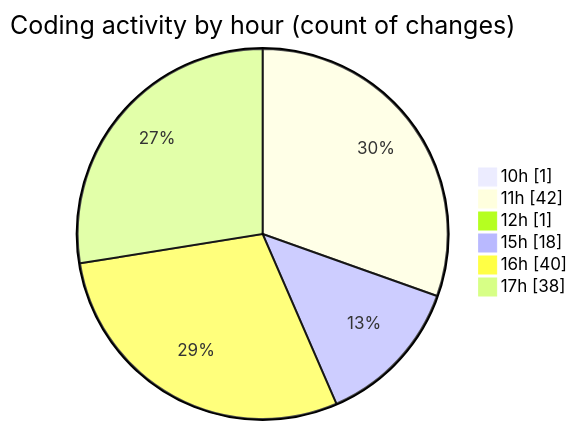
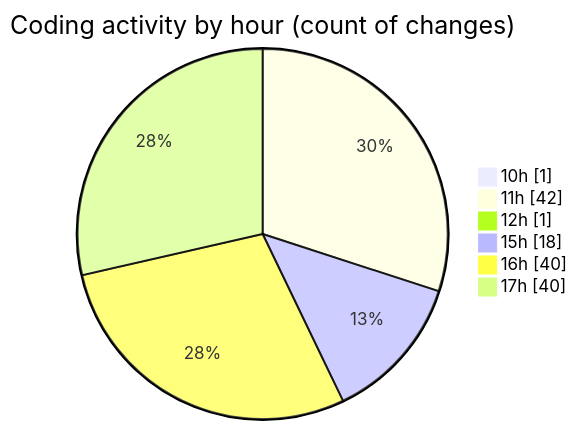
One commit to nxtqubesakshisongat/code-tracking changed the second of 2 diagrams in 2025-06-25/nxtqube_webapp/README.md. Above: the diagram before and after it, drawn with Mermaid. The commit also changed other lines of this file and 1 other file, not shown here.

````diff
--- a/2025-06-25/nxtqube_webapp/README.md
+++ b/2025-06-25/nxtqube_webapp/README.md
@@ -33,10 +33,10 @@
 ```mermaid
 pie showData
 title Coding activity by hour (count of changes)
 "10h" : 1
 "11h" : 42
 "12h" : 1
 "15h" : 18
 "16h" : 40
-"17h" : 38
+"17h" : 40
 ```
````
